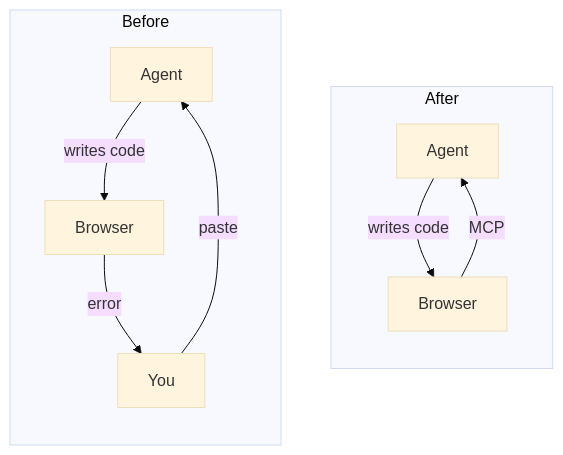
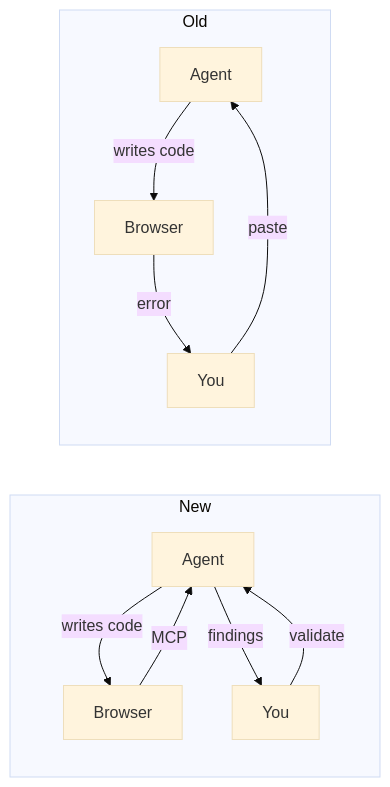
The first of 4 diagrams in posts/debugging-in-the-agentic-era.md (helderberto/helderberto.com), drawn with Mermaid (base theme) before and after one commit. The commit also changed other lines of this file and 2 other files, not shown here.

First line of the commit message:
docs(posts): show old and new debugging flows and add HITL checkpoints

````diff
--- a/posts/debugging-in-the-agentic-era.md
+++ b/posts/debugging-in-the-agentic-era.md
@@ -13,17 +28,19 @@
 ```mermaid
-flowchart LR
-  accTitle: Before and after browser access
-  accDescr: Before, the agent writes code, the browser shows an error, and you paste that error back to the agent. After, the agent writes code and reads the browser directly through MCP, with no one in between.
-  subgraph Before
+flowchart TB
+  accTitle: The old way and the new way
+  accDescr: In the old way, the agent writes code, the browser shows an error, and you copy that error back to the agent. In the new way, the agent reads the browser through MCP and reports its findings to you, and you validate them before it continues.
+  subgraph Old
     direction TB
     a1[Agent] -- writes code --> b1[Browser]
     b1 -- error --> y1[You]
     y1 -- paste --> a1
   end
-  subgraph After
+  subgraph New
     direction TB
     a2[Agent] -- writes code --> b2[Browser]
     b2 -- MCP --> a2
+    a2 -- findings --> y2[You]
+    y2 -- validate --> a2
   end
-  Before ~~~ After
+  Old ~~~ New
 ```
````
